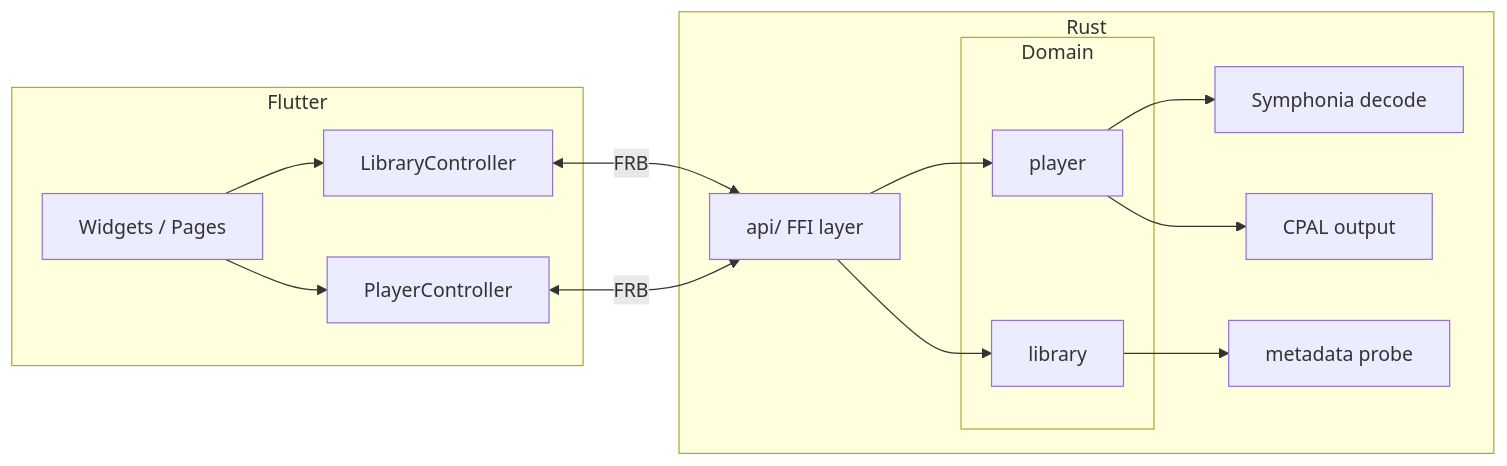
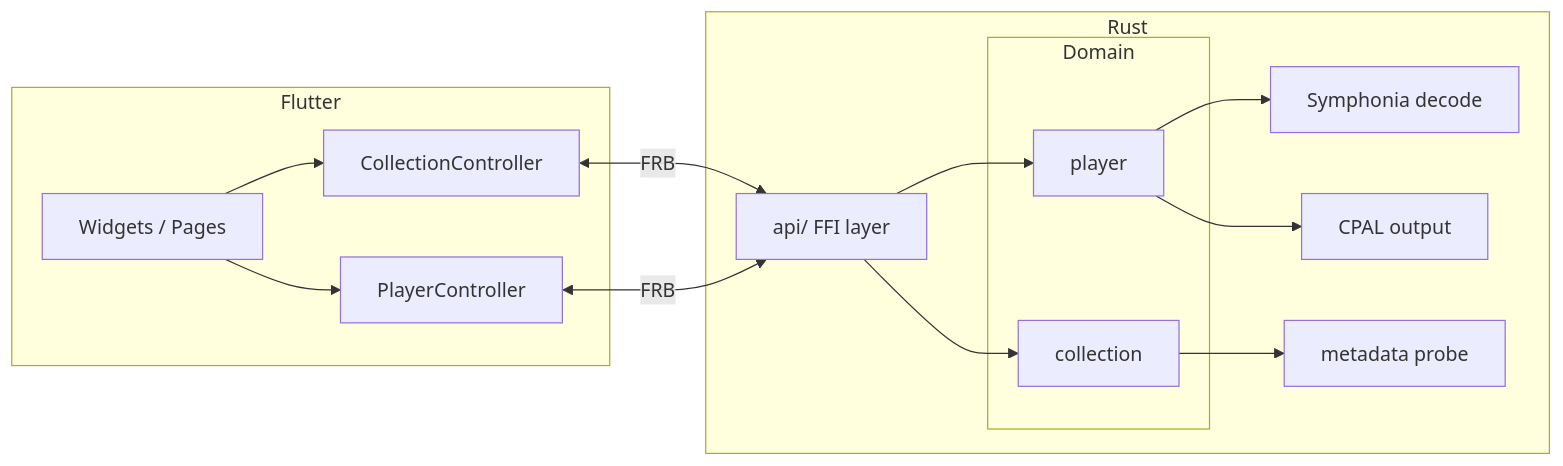
One commit to Sherlock-Holo/mofu changed the diagram in README.en.md. Above: the diagram before and after it, drawn with Mermaid. The commit also changed other lines of this file and 32 other files, not shown here.

Commit message:
refactor: rename library domain to collection and drop legacy JSON migration

````diff
--- a/README.en.md
+++ b/README.en.md
@@ -34,26 +34,26 @@
 ```mermaid
 flowchart LR
   subgraph Flutter
     UI[Widgets / Pages]
-    LC[LibraryController]
+    LC[CollectionController]
     PC[PlayerController]
     UI --> LC
     UI --> PC
   end
 
   subgraph Rust
     API[api/ FFI layer]
   subgraph Domain
-      LIB[library]
+      COL[collection]
       PLAY[player]
     end
-    API --> LIB
+    API --> COL
     API --> PLAY
     PLAY --> DEC[Symphonia decode]
     PLAY --> OUT[CPAL output]
-    LIB --> INS[metadata probe]
+    COL --> INS[metadata probe]
   end
 
   LC <-->|FRB| API
   PC <-->|FRB| API
 ```
````
